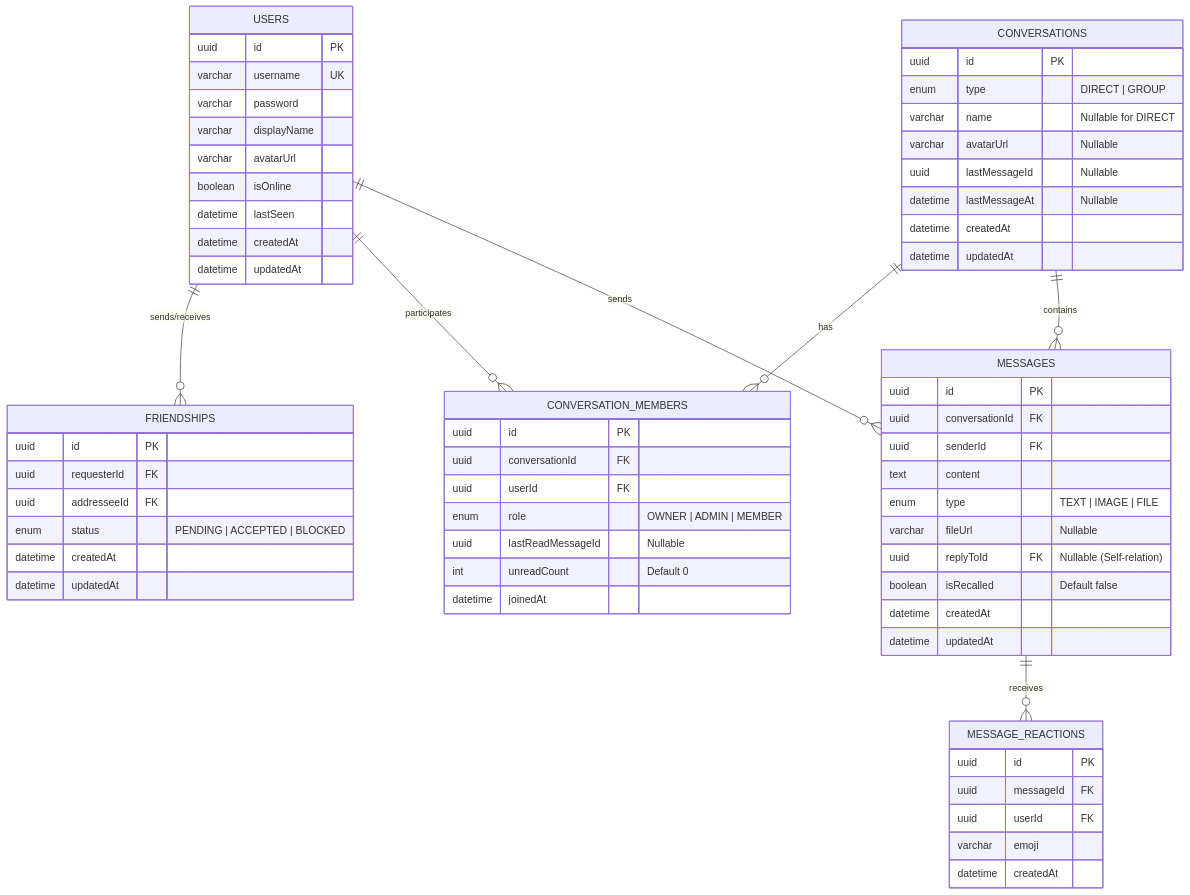
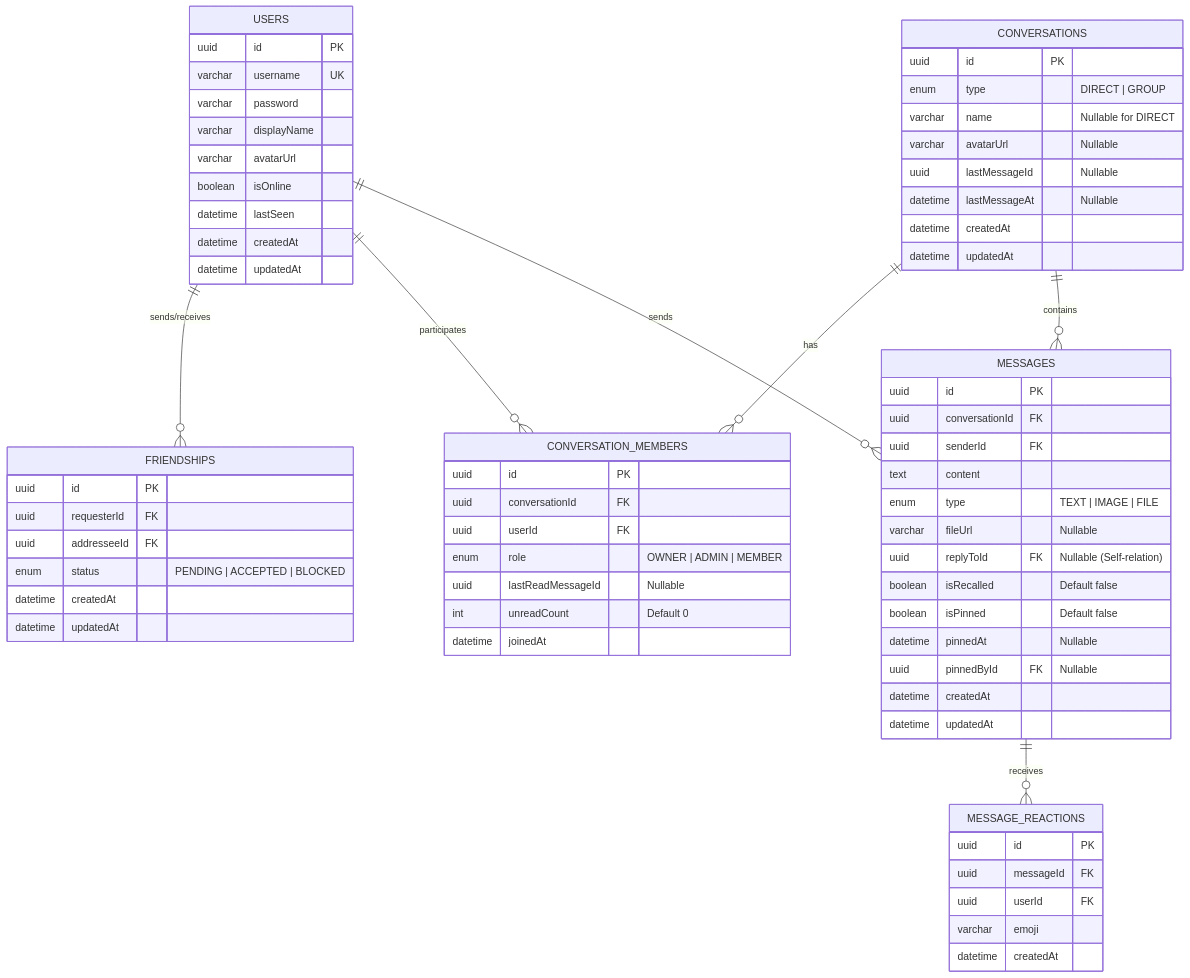
Before and after one commit to longtrandev2/ReChat: the diagram in SPEC.md, drawn with Mermaid. The commit also changed other lines of this file and 2 other files, not shown here.

Commit message:
docs(spec): update milestone 3 specs with group management, pinned messages, media gallery and active status

````diff
--- a/SPEC.md
+++ b/SPEC.md
@@ -128,72 +150,75 @@
 ```mermaid
 erDiagram
     USERS ||--o{ FRIENDSHIPS : "sends/receives"
     USERS ||--o{ CONVERSATION_MEMBERS : "participates"
     CONVERSATIONS ||--o{ CONVERSATION_MEMBERS : "has"
     CONVERSATIONS ||--o{ MESSAGES : "contains"
     USERS ||--o{ MESSAGES : "sends"
     MESSAGES ||--o{ MESSAGE_REACTIONS : "receives"
 
     USERS {
         uuid id PK
         varchar username UK
         varchar password
         varchar displayName
         varchar avatarUrl
         boolean isOnline
         datetime lastSeen
         datetime createdAt
         datetime updatedAt
     }
 
     FRIENDSHIPS {
         uuid id PK
         uuid requesterId FK
         uuid addresseeId FK
         enum status "PENDING | ACCEPTED | BLOCKED"
         datetime createdAt
         datetime updatedAt
     }
 
     CONVERSATIONS {
         uuid id PK
         enum type "DIRECT | GROUP"
         varchar name "Nullable for DIRECT"
         varchar avatarUrl "Nullable"
         uuid lastMessageId "Nullable"
         datetime lastMessageAt "Nullable"
         datetime createdAt
         datetime updatedAt
     }
 
     CONVERSATION_MEMBERS {
         uuid id PK
         uuid conversationId FK
         uuid userId FK
         enum role "OWNER | ADMIN | MEMBER"
         uuid lastReadMessageId "Nullable"
         int unreadCount "Default 0"
         datetime joinedAt
     }
 
     MESSAGES {
         uuid id PK
         uuid conversationId FK
         uuid senderId FK
         text content
         enum type "TEXT | IMAGE | FILE"
         varchar fileUrl "Nullable"
         uuid replyToId FK "Nullable (Self-relation)"
         boolean isRecalled "Default false"
+        boolean isPinned "Default false"
+        datetime pinnedAt "Nullable"
+        uuid pinnedById FK "Nullable"
         datetime createdAt
         datetime updatedAt
     }
 
     MESSAGE_REACTIONS {
         uuid id PK
         uuid messageId FK
         uuid userId FK
         varchar emoji
         datetime createdAt
     }
 ```
````
